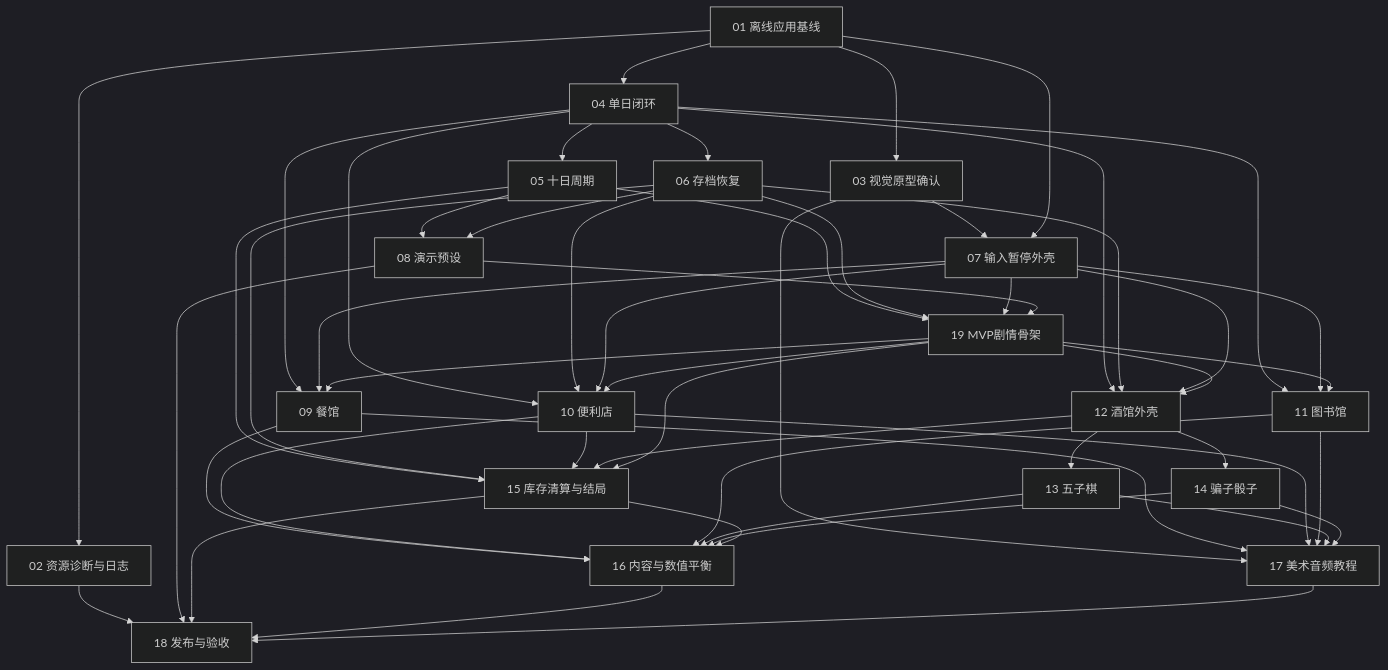
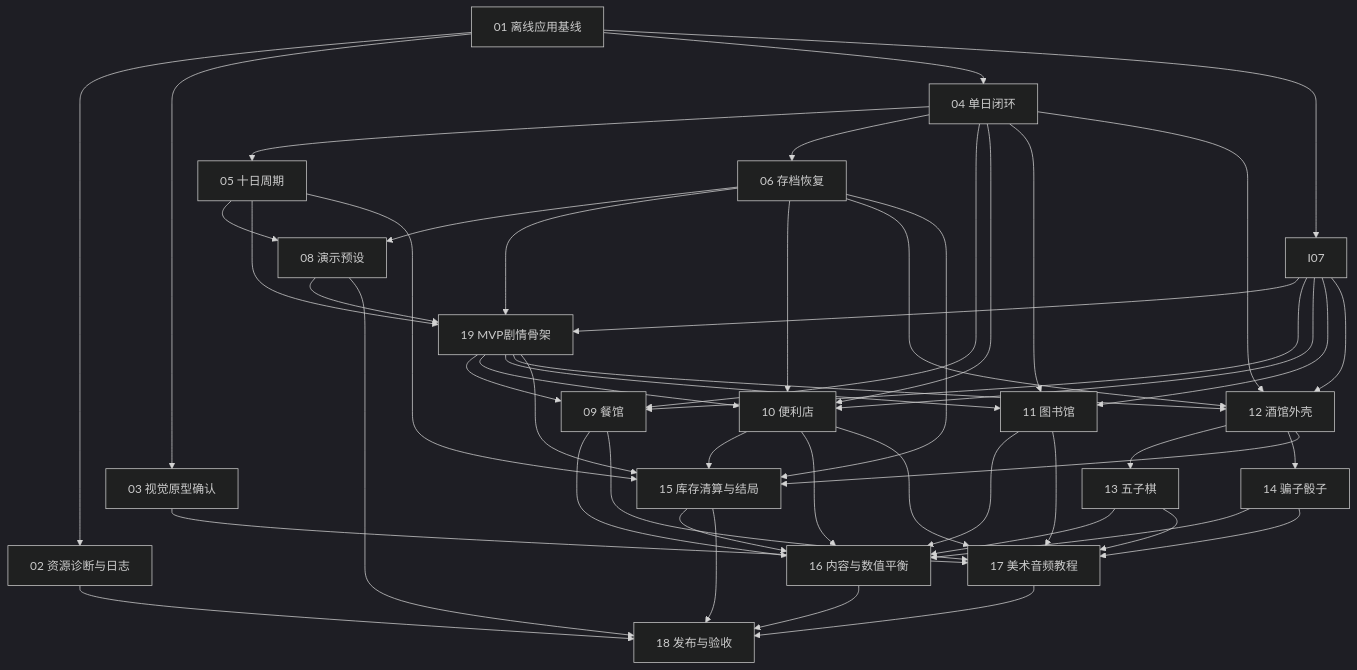
One commit to ljm-hsw/-666 changed the diagram in docs/PROJECT_PLAN.md. Above: the diagram before and after it, drawn with Mermaid (dark theme). The commit also changed other lines of this file and 14 other files, not shown here.

````diff
--- a/docs/PROJECT_PLAN.md
+++ b/docs/PROJECT_PLAN.md
@@ -29,54 +29,53 @@
 ```mermaid
 flowchart TD
     I01["01 离线应用基线"] --> I02["02 资源诊断与日志"]
     I01 --> I03["03 视觉原型确认"]
     I01 --> I04["04 单日闭环"]
     I04 --> I05["05 十日周期"]
     I04 --> I06["06 存档恢复"]
-    I03 --> I07["07 输入暂停外壳"]
     I01 --> I07
     I05 --> I08["08 演示预设"]
     I06 --> I08
     I05 --> I19["19 MVP剧情骨架"]
     I06 --> I19
     I07 --> I19
     I08 --> I19
     I04 --> I09["09 餐馆"]
     I07 --> I09
     I19 --> I09
     I04 --> I10["10 便利店"]
     I06 --> I10
     I07 --> I10
     I19 --> I10
     I04 --> I11["11 图书馆"]
     I07 --> I11
     I19 --> I11
     I04 --> I12["12 酒馆外壳"]
     I06 --> I12
     I07 --> I12
     I19 --> I12
     I12 --> I13["13 五子棋"]
     I12 --> I14["14 骗子骰子"]
     I05 --> I15["15 库存清算与结局"]
     I06 --> I15
     I10 --> I15
     I12 --> I15
     I19 --> I15
     I09 --> I16["16 内容与数值平衡"]
     I10 --> I16
     I11 --> I16
     I13 --> I16
     I14 --> I16
     I15 --> I16
     I03 --> I17["17 美术音频教程"]
     I09 --> I17
     I10 --> I17
     I11 --> I17
     I13 --> I17
     I14 --> I17
     I02 --> I18["18 发布与验收"]
     I08 --> I18
     I15 --> I18
     I16 --> I18
     I17 --> I18
 ```
````
